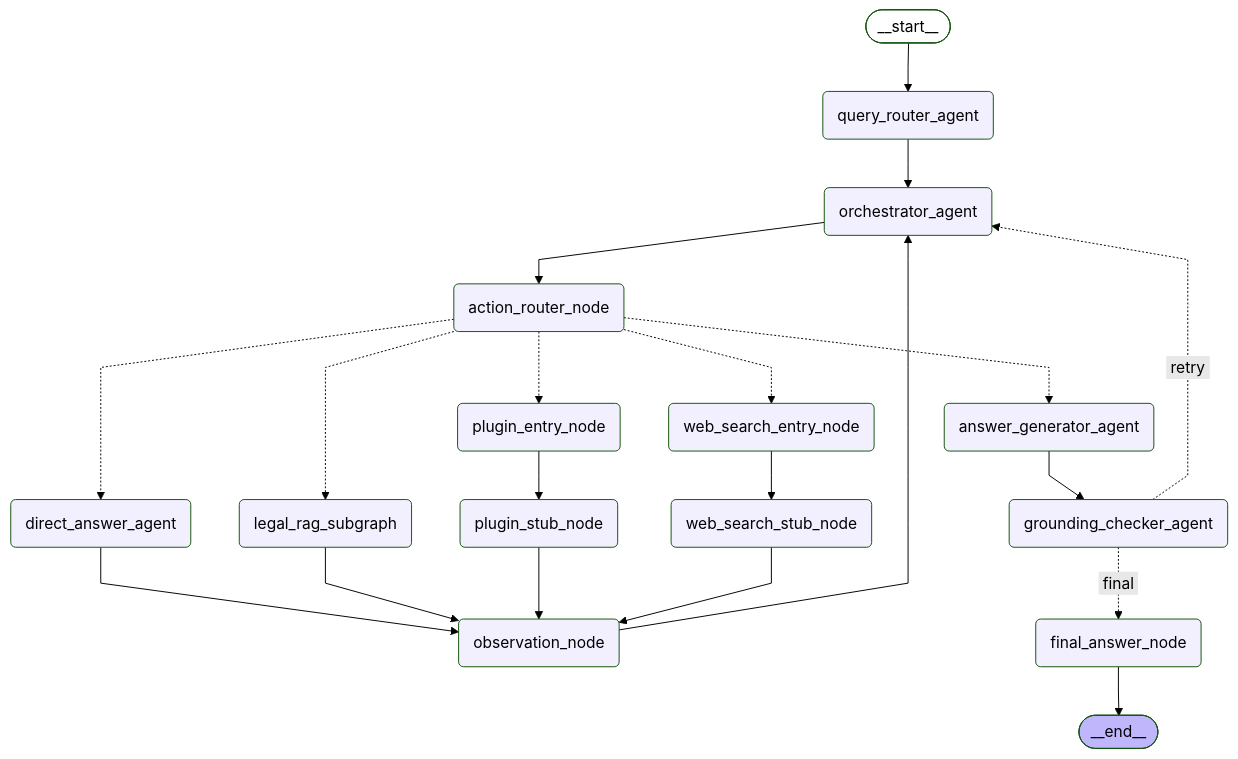
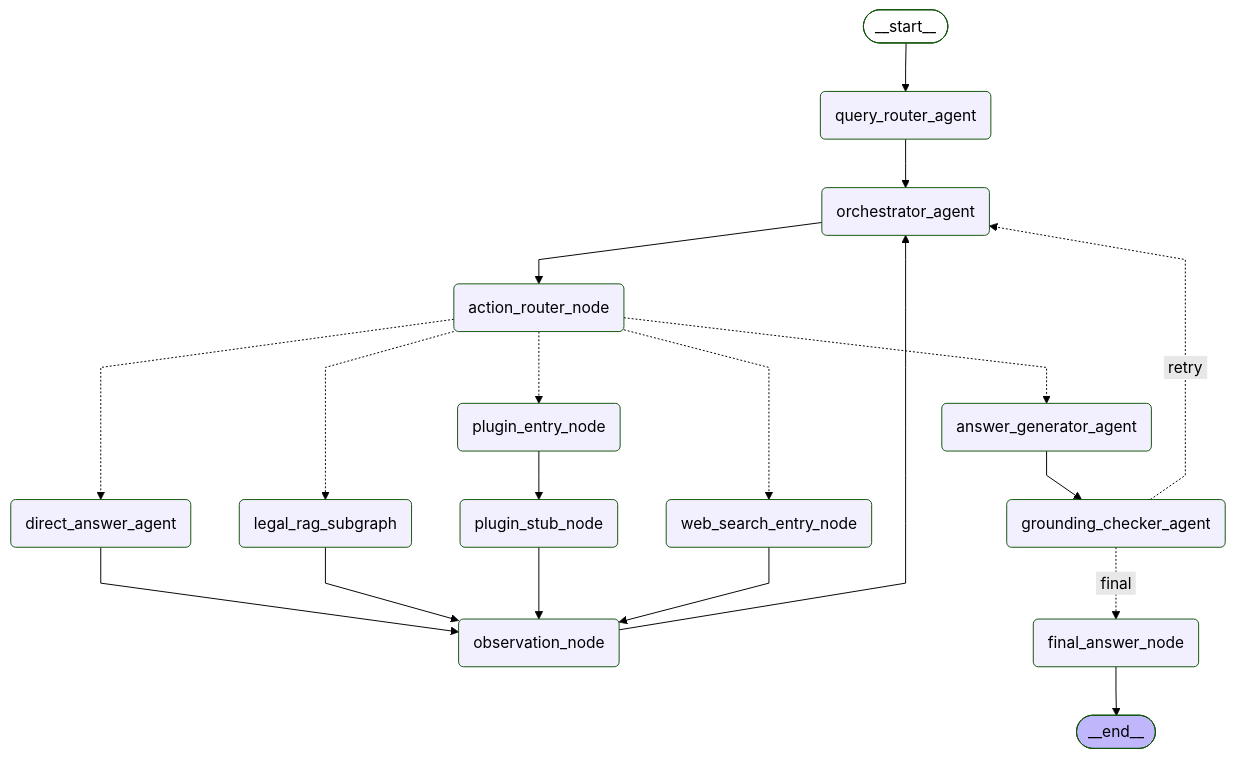
One commit to mark129873/law_agent changed the diagram in docs/ARCHITECTURE.md. Above: the diagram before and after it, drawn with Mermaid (forest theme). The commit also changed other lines of this file and 55 other files, not shown here.

Commit message:
feat: add Tavily remote MCP web search

````diff
--- a/docs/ARCHITECTURE.md
+++ b/docs/ARCHITECTURE.md
@@ -205,45 +217,43 @@
 ```mermaid
 ---
 config:
   flowchart:
     curve: linear
 ---
 graph TD;
 	__start__([<p>__start__</p>]):::first
 	query_router_agent(query_router_agent)
 	orchestrator_agent(orchestrator_agent)
 	action_router_node(action_router_node)
 	legal_rag_subgraph(legal_rag_subgraph)
 	plugin_entry_node(plugin_entry_node)
 	plugin_stub_node(plugin_stub_node)
 	web_search_entry_node(web_search_entry_node)
-	web_search_stub_node(web_search_stub_node)
 	observation_node(observation_node)
 	direct_answer_agent(direct_answer_agent)
 	answer_generator_agent(answer_generator_agent)
 	grounding_checker_agent(grounding_checker_agent)
 	final_answer_node(final_answer_node)
 	__end__([<p>__end__</p>]):::last
 	__start__ --> query_router_agent;
 	action_router_node -.-> answer_generator_agent;
 	action_router_node -.-> direct_answer_agent;
 	action_router_node -.-> legal_rag_subgraph;
 	action_router_node -.-> plugin_entry_node;
 	action_router_node -.-> web_search_entry_node;
 	answer_generator_agent --> grounding_checker_agent;
 	direct_answer_agent --> observation_node;
 	grounding_checker_agent -. &nbsp;final&nbsp; .-> final_answer_node;
 	grounding_checker_agent -. &nbsp;retry&nbsp; .-> orchestrator_agent;
 	legal_rag_subgraph --> observation_node;
 	observation_node --> orchestrator_agent;
 	orchestrator_agent --> action_router_node;
 	plugin_entry_node --> plugin_stub_node;
 	plugin_stub_node --> observation_node;
 	query_router_agent --> orchestrator_agent;
-	web_search_entry_node --> web_search_stub_node;
-	web_search_stub_node --> observation_node;
+	web_search_entry_node --> observation_node;
 	final_answer_node --> __end__;
 	classDef default fill:#f2f0ff,line-height:1.2
 	classDef first fill-opacity:0
 	classDef last fill:#bfb6fc
 ```
````
